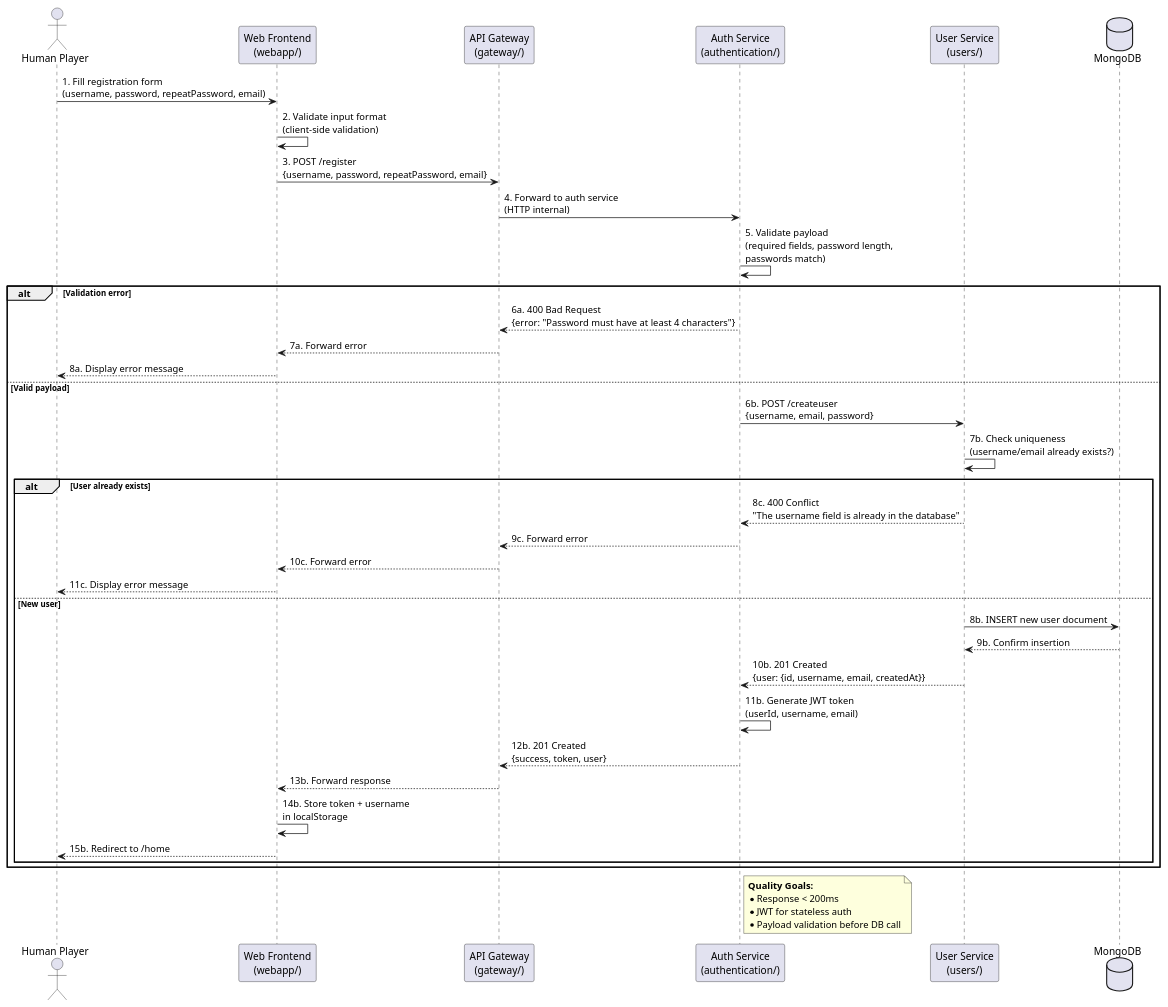
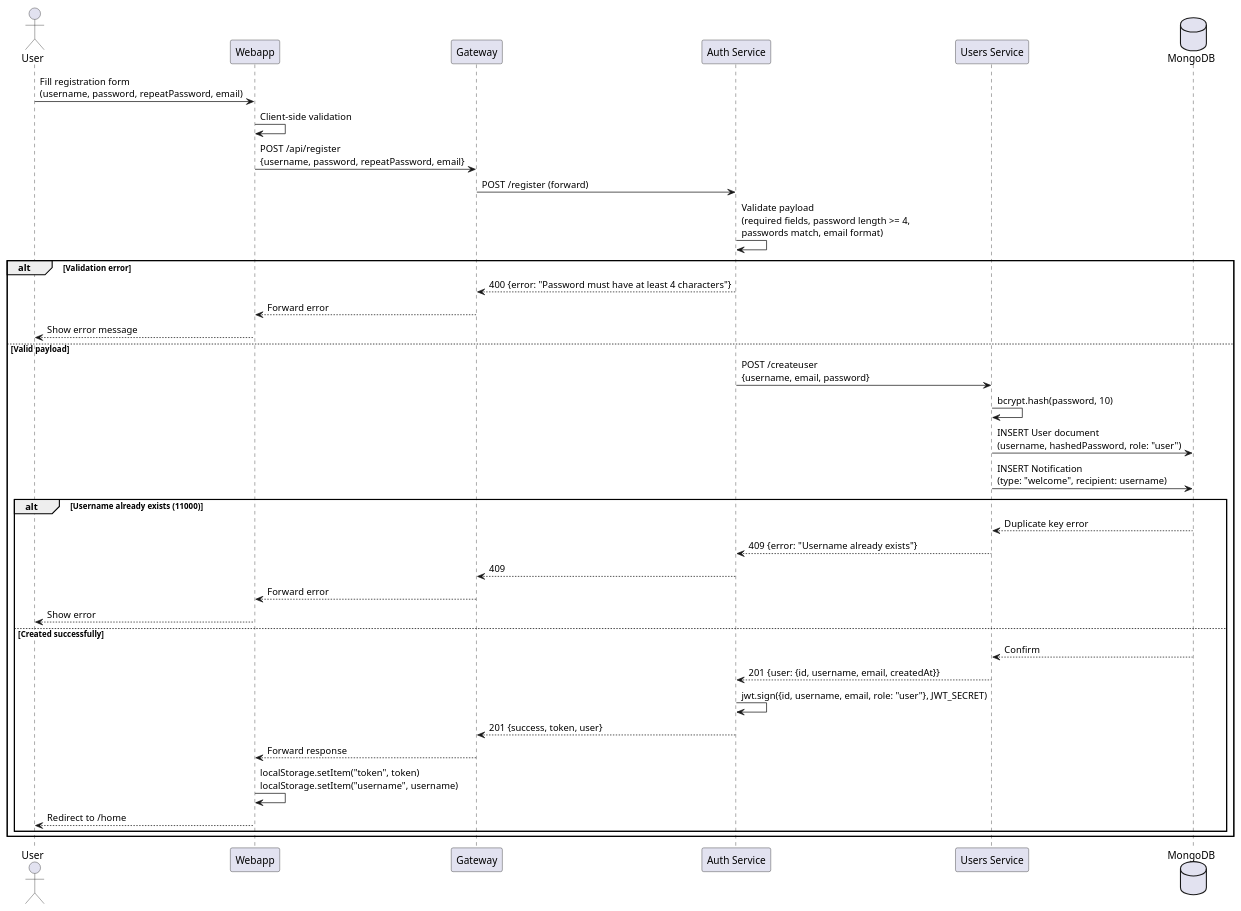
The first of 11 diagrams in docs/src/06_runtime_view.adoc (Arquisoft/yovi_en2c), drawn with PlantUML before and after one commit. The commit also changed other lines of this file, not shown here.

```diff
--- a/docs/src/06_runtime_view.adoc
+++ b/docs/src/06_runtime_view.adoc
@@ -19,52 +15,45 @@
 [plantuml,"User Registration Sequence",png]
 ----
 @startuml
-actor "Human Player" as User
-participant "Web Frontend\n(webapp/)" as Webapp
-participant "API Gateway\n(gateway/)" as Gateway
-participant "Auth Service\n(authentication/)" as Auth
-participant "User Service\n(users/)" as Users
+actor "User" as User
+participant "Webapp" as WA
+participant "Gateway" as GW
+participant "Auth Service" as Auth
+participant "Users Service" as Users
 database "MongoDB" as DB
 
-User -> Webapp: 1. Fill registration form\n(username, password, repeatPassword, email)
-Webapp -> Webapp: 2. Validate input format\n(client-side validation)
+User -> WA: Fill registration form\n(username, password, repeatPassword, email)
+WA -> WA: Client-side validation
+WA -> GW: POST /api/register\n{username, password, repeatPassword, email}
+GW -> Auth: POST /register (forward)
 
-Webapp -> Gateway: 3. POST /register\n{username, password, repeatPassword, email}
-Gateway -> Auth: 4. Forward to auth service\n(HTTP internal)
-
-Auth -> Auth: 5. Validate payload\n(required fields, password length,\npasswords match)
+Auth -> Auth: Validate payload\n(required fields, password length >= 4,\npasswords match, email format)
 
 alt Validation error
-    Auth --> Gateway: 6a. 400 Bad Request\n{error: "Password must have at least 4 characters"}
-    Gateway --> Webapp: 7a. Forward error
-    Webapp --> User: 8a. Display error message
+    Auth --> GW: 400 {error: "Password must have at least 4 characters"}
+    GW --> WA: Forward error
+    WA --> User: Show error message
 else Valid payload
-    Auth -> Users: 6b. POST /createuser\n{username, email, password}
-    Users -> Users: 7b. Check uniqueness\n(username/email already exists?)
+    Auth -> Users: POST /createuser\n{username, email, password}
+    Users -> Users: bcrypt.hash(password, 10)
+    Users -> DB: INSERT User document\n(username, hashedPassword, role: "user")
+    Users -> DB: INSERT Notification\n(type: "welcome", recipient: username)
 
-    alt User already exists
-        Users --> Auth: 8c. 400 Conflict\n"The username field is already in the database"
-        Auth --> Gateway: 9c. Forward error
-        Gateway --> Webapp: 10c. Forward error
-        Webapp --> User: 11c. Display error message
-    else New user
-        Users -> DB: 8b. INSERT new user document
-        DB --> Users: 9b. Confirm insertion
-        Users --> Auth: 10b. 201 Created\n{user: {id, username, email, createdAt}}
-
-        Auth -> Auth: 11b. Generate JWT token\n(userId, username, email)
-        Auth --> Gateway: 12b. 201 Created\n{success, token, user}
-        Gateway --> Webapp: 13b. Forward response
-        Webapp -> Webapp: 14b. Store token + username\nin localStorage
-        Webapp --> User: 15b. Redirect to /home
+    alt Username already exists (11000)
+        DB --> Users: Duplicate key error
+        Users --> Auth: 409 {error: "Username already exists"}
+        Auth --> GW: 409
+        GW --> WA: Forward error
+        WA --> User: Show error
+    else Created successfully
+        DB --> Users: Confirm
+        Users --> Auth: 201 {user: {id, username, email, createdAt}}
+        Auth -> Auth: jwt.sign({id, username, email, role: "user"}, JWT_SECRET)
+        Auth --> GW: 201 {success, token, user}
+        GW --> WA: Forward response
+        WA -> WA: localStorage.setItem("token", token)\nlocalStorage.setItem("username", username)
+        WA --> User: Redirect to /home
     end
 end
-
-note right of Auth
-  **Quality Goals:**
-  * Response < 200ms
-  * JWT for stateless auth
-  * Payload validation before DB call
-end note
 @enduml
 ----
```
